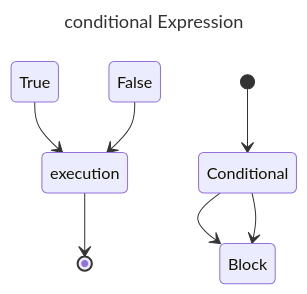
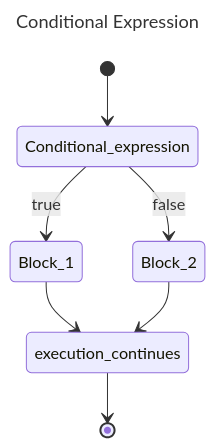
One commit to TuanDao-0110/Python_Course changed the second of 2 diagrams in readme.md. Above: the diagram before and after it, drawn with Mermaid.

````diff
--- a/readme.md
+++ b/readme.md
@@ -103,12 +103,12 @@
 ```mermaid
 ---
-title: conditional Expression
+title: Conditional Expression
 ---
 stateDiagram-v2
-    [*] --> Conditional
-    Conditional --> Block 1 : True
-    Conditional --> Block 2 : False
-    Block 1 --> execution 
-    Block 2 --> execution
-    execution --> [*]
+    [*] --> Conditional_expression
+    Conditional_expression --> Block_1 : true
+    Block_1 --> execution_continues 
+    Conditional_expression --> Block_2 : false
+    Block_2 --> execution_continues 
+    execution_continues --> [*]
 ```
````
